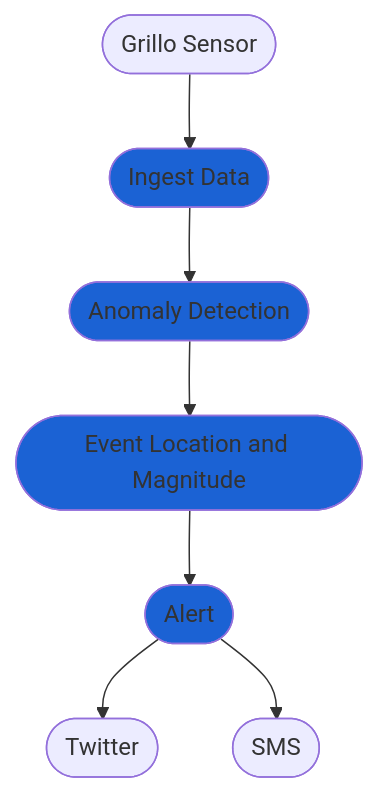
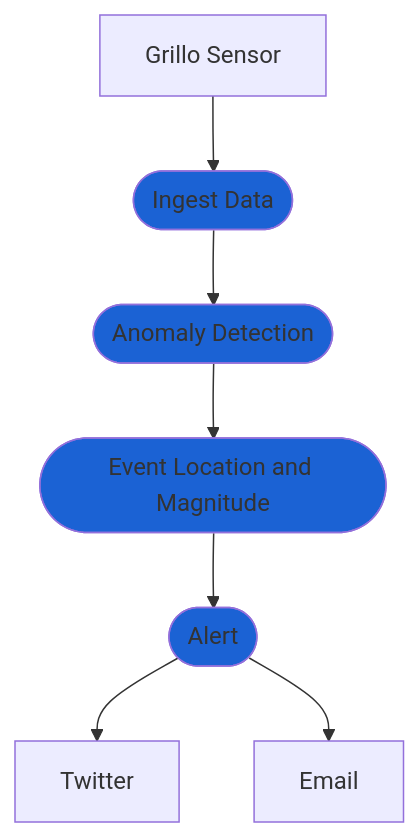
The diagram in docs/how-to/regional_eew.md (grillo/grillo-docs), drawn with Mermaid before and after one commit. The commit also changed 57 other files, not shown here.

````diff
--- a/docs/how-to/regional_eew.md
+++ b/docs/how-to/regional_eew.md
@@ -13,8 +13,8 @@
 ```mermaid
 flowchart TB
-   A([Grillo Sensor]) --> C([Ingest Data]) --> D([Anomaly Detection]) --> E([Event Location and Magnitude]) --> F([Alert]) --> G([Twitter]) & H([SMS])
+   A[Grillo Sensor] --> C([Ingest Data]) --> D([Anomaly Detection]) --> E([Event Location and Magnitude]) --> F([Alert]) --> G[Twitter] & H[Email]
    style C fill:#1b62d4
    style D fill:#1b62d4
    style E fill:#1b62d4
    style F fill:#1b62d4
 ```
````
